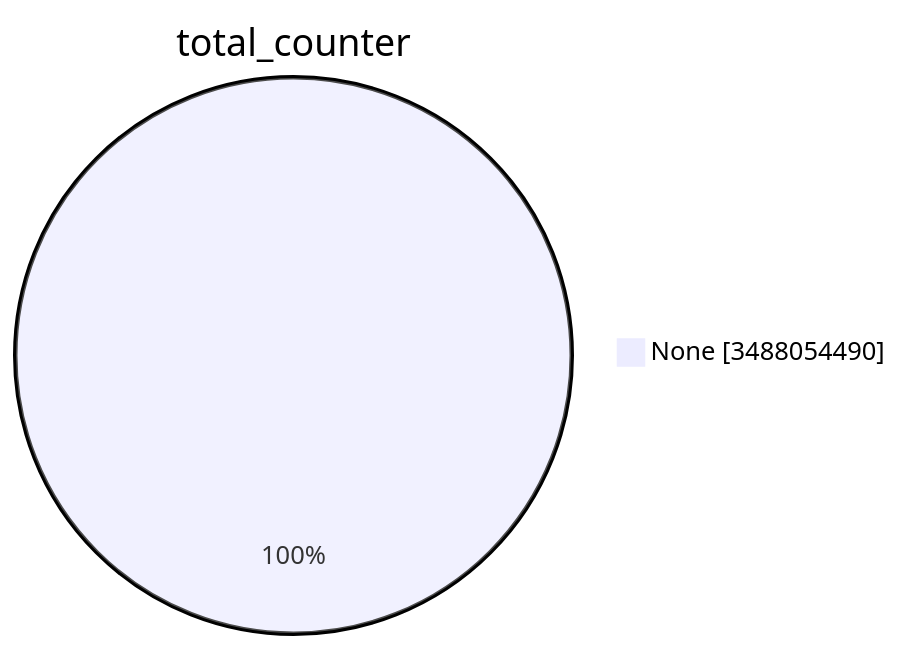
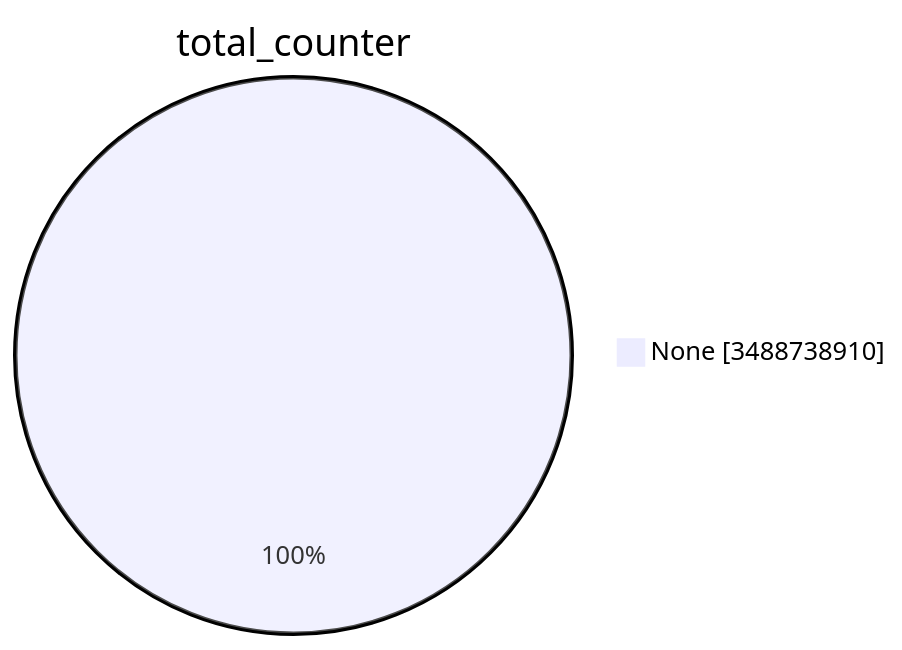
One commit to christiankrug/ctmonitor_visualization changed the first of 15 diagrams in TOTAL/README.md. Above: the diagram before and after it, drawn with Mermaid. The commit also changed other lines of this file, not shown here.

````diff
--- a/TOTAL/README.md
+++ b/TOTAL/README.md
@@ -1,5 +1,5 @@
 ```mermaid
 pie showData
 title total_counter
-"None" :3488054490
+"None" :3488738910
 ```
````
